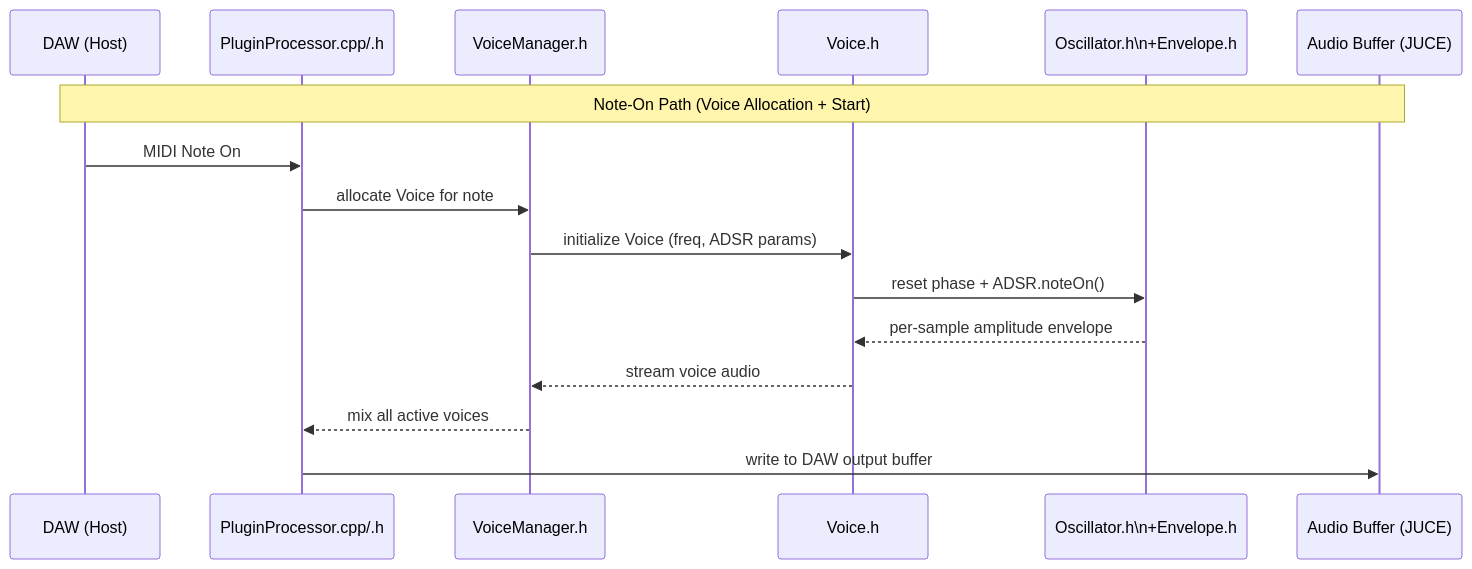
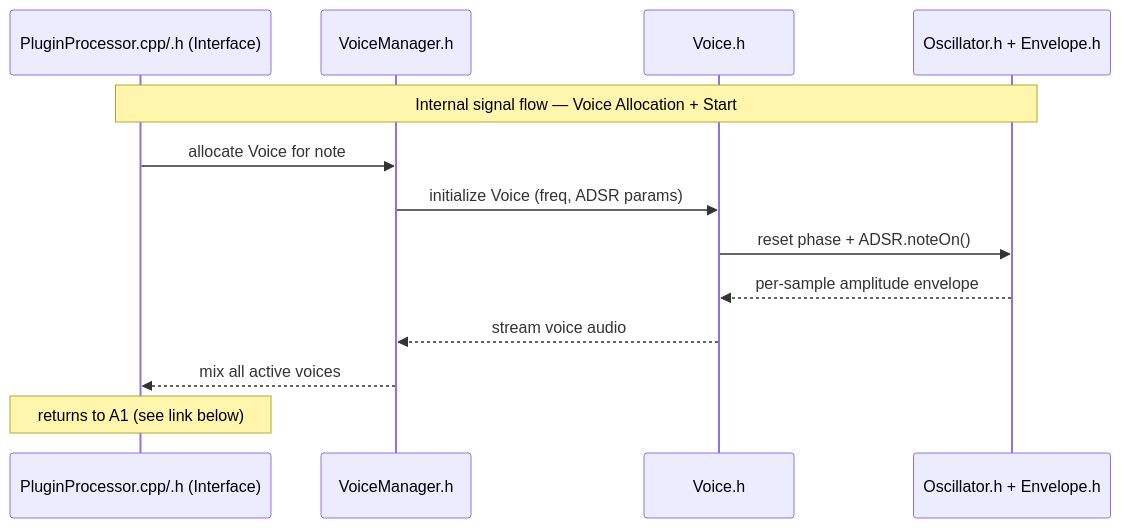
One commit to TYLERSFOSTER/MIDIControl001 changed the third of 8 diagrams in docs/architecture.md. Above: the diagram before and after it, drawn with Mermaid. The commit also changed other lines of this file, not shown here.

````diff
--- a/docs/architecture.md
+++ b/docs/architecture.md
@@ -2,19 +37,16 @@
 ```mermaid
 sequenceDiagram
-participant DAW as DAW (Host)
-participant PluginProcessor as PluginProcessor.cpp/.h
+participant PluginProcessor as PluginProcessor.cpp/.h (Interface)
 participant VoiceManager as VoiceManager.h
 participant Voice as Voice.h
-participant DSP as Oscillator.h\n+Envelope.h
-participant Output as Audio Buffer (JUCE)
+participant DSP as Oscillator.h + Envelope.h
 
-Note over DAW,Output: Note-On Path (Voice Allocation + Start)
-DAW->>PluginProcessor: MIDI Note On
+Note over PluginProcessor,DSP: Internal signal flow — Voice Allocation + Start
 PluginProcessor->>VoiceManager: allocate Voice for note
 VoiceManager->>Voice: initialize Voice (freq, ADSR params)
 Voice->>DSP: reset phase + ADSR.noteOn()
 DSP-->>Voice: per-sample amplitude envelope
 Voice-->>VoiceManager: stream voice audio
 VoiceManager-->>PluginProcessor: mix all active voices
-PluginProcessor->>Output: write to DAW output buffer
+Note over PluginProcessor: returns to A1 (see link below)
 ```
````
